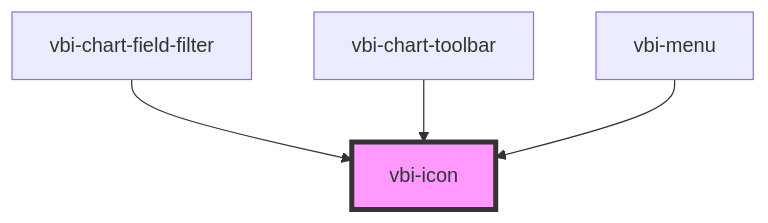
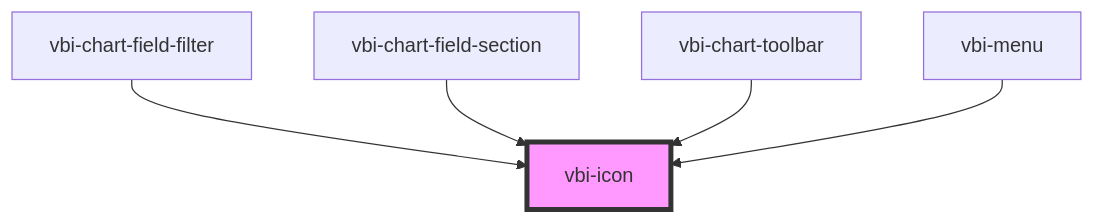
Before and after one commit to Ditto190/VBI-modme: the diagram in packages/vbi-component/src/components/ui/vbi-icon/readme.md, drawn with Mermaid. The commit also changed other lines of this file and 17 other files, not shown here.

Commit message:
refactor(vbi-component): extract chart field section component and add translations

````diff
--- a/packages/vbi-component/src/components/ui/vbi-icon/readme.md
+++ b/packages/vbi-component/src/components/ui/vbi-icon/readme.md
@@ -26,7 +27,8 @@
 ```mermaid
 graph TD;
   vbi-chart-field-filter --> vbi-icon
+  vbi-chart-field-section --> vbi-icon
   vbi-chart-toolbar --> vbi-icon
   vbi-menu --> vbi-icon
   style vbi-icon fill:#f9f,stroke:#333,stroke-width:4px
 ```
````
